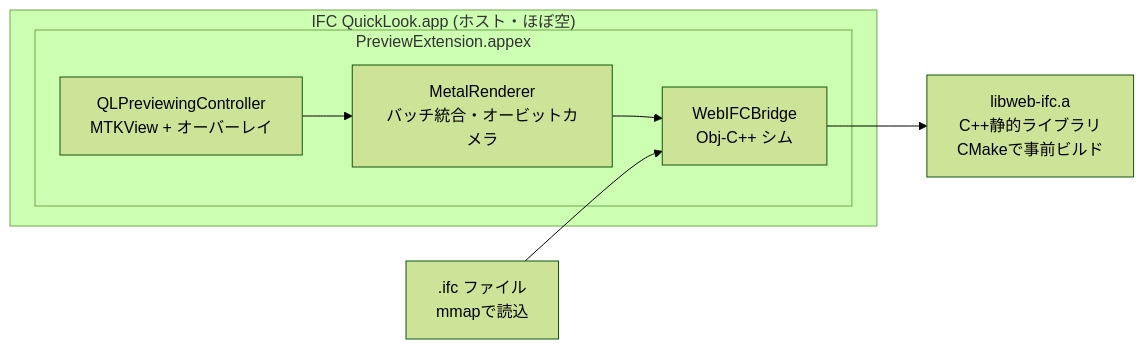
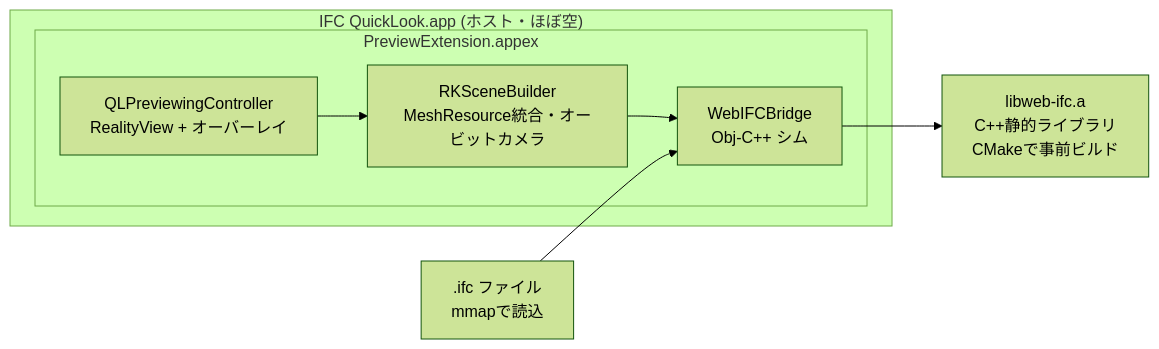
The diagram in .claude/specs/2026-07-12-ifc-quicklook-design.md (trapple/ifc-quicklook), drawn with Mermaid (forest theme) before and after one commit. The commit also changed other lines of this file, not shown here.

Commit message:
docs(specs): 描画基盤を Metal 直接描画から RealityKit に変更

````diff
--- a/.claude/specs/2026-07-12-ifc-quicklook-design.md
+++ b/.claude/specs/2026-07-12-ifc-quicklook-design.md
@@ -40,11 +40,11 @@
 ```mermaid
 flowchart LR
     subgraph app["IFC QuickLook.app (ホスト・ほぼ空)"]
         subgraph appex["PreviewExtension.appex"]
-            VC[QLPreviewingController<br/>MTKView + オーバーレイ] --> MR[MetalRenderer<br/>バッチ統合・オービットカメラ]
+            VC[QLPreviewingController<br/>RealityView + オーバーレイ] --> MR[RKSceneBuilder<br/>MeshResource統合・オービットカメラ]
             MR --> WK[WebIFCBridge<br/>Obj-C++ シム]
         end
     end
     WK --> LIB[libweb-ifc.a<br/>C++静的ライブラリ<br/>CMakeで事前ビルド]
     IFC[.ifc ファイル<br/>mmapで読込] --> WK
 ```
````
